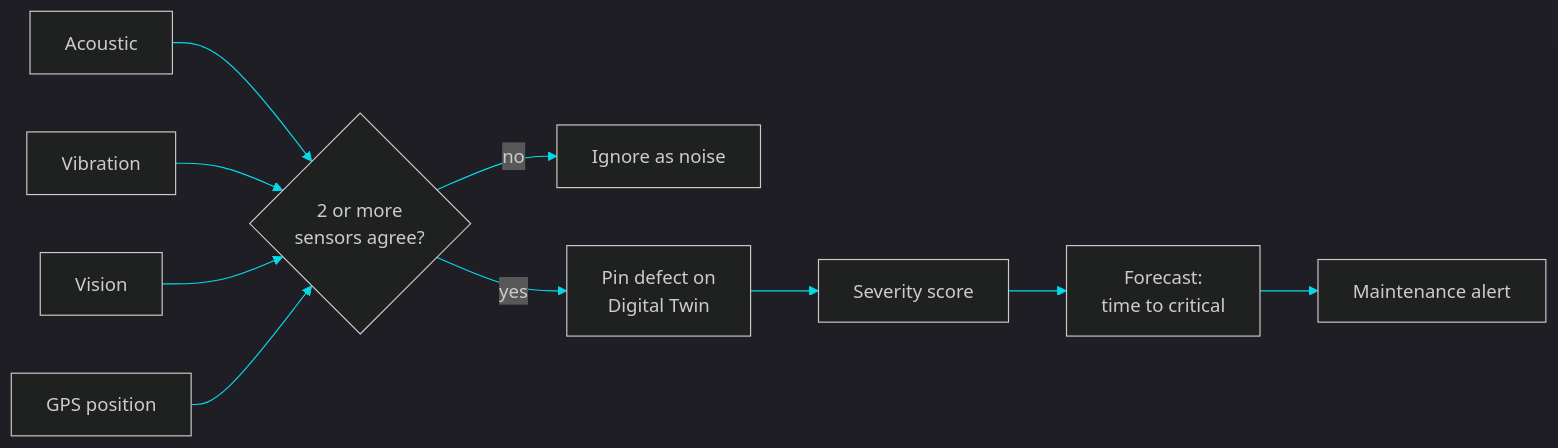
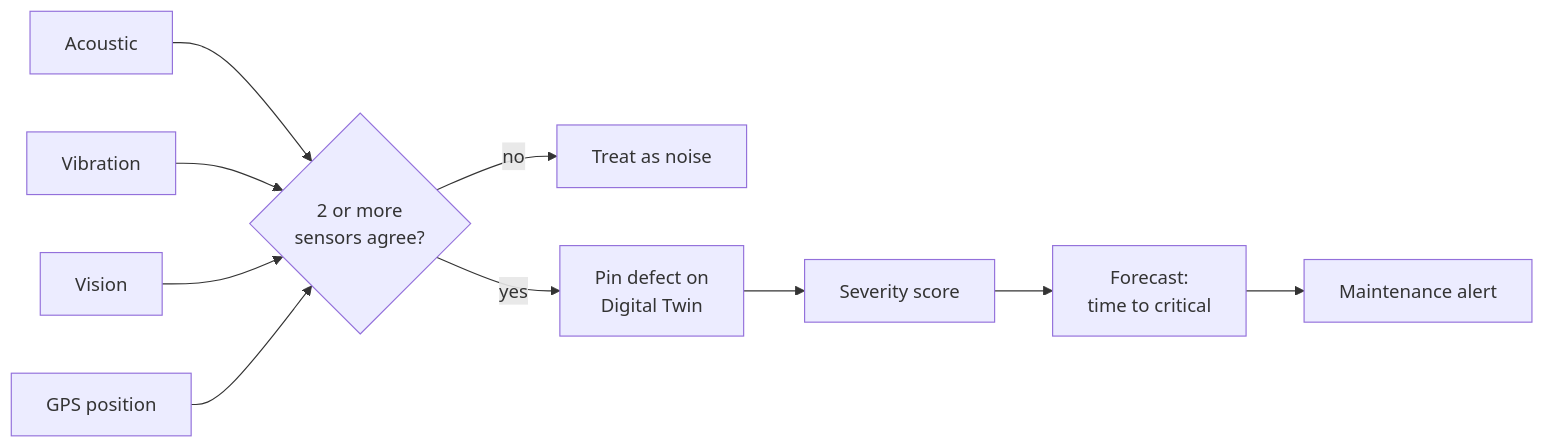
One commit to chethankp365/chethankp365 changed the fourth of 4 diagrams in README.md. Above: the diagram before and after it, drawn with Mermaid. The commit also changed other lines of this file, not shown here.

````diff
--- a/README.md
+++ b/README.md
@@ -182,13 +182,12 @@
 ```mermaid
-%%{init: {'theme':'dark','themeVariables':{'primaryColor':'#12062a','primaryBorderColor':'#ff2a6d','primaryTextColor':'#e8f7ff','lineColor':'#05d9e8','secondaryColor':'#1b0a36','tertiaryColor':'#05010c'}}}%%
 flowchart LR
     A[Acoustic] --> E{2 or more<br/>sensors agree?}
     B[Vibration] --> E
     C[Vision] --> E
     D[GPS position] --> E
-    E -- no --> I[Ignore as noise]
+    E -- no --> I[Treat as noise]
     E -- yes --> T[Pin defect on<br/>Digital Twin]
     T --> S[Severity score]
     S --> F[Forecast:<br/>time to critical]
     F --> R[Maintenance alert]
 ```
````
